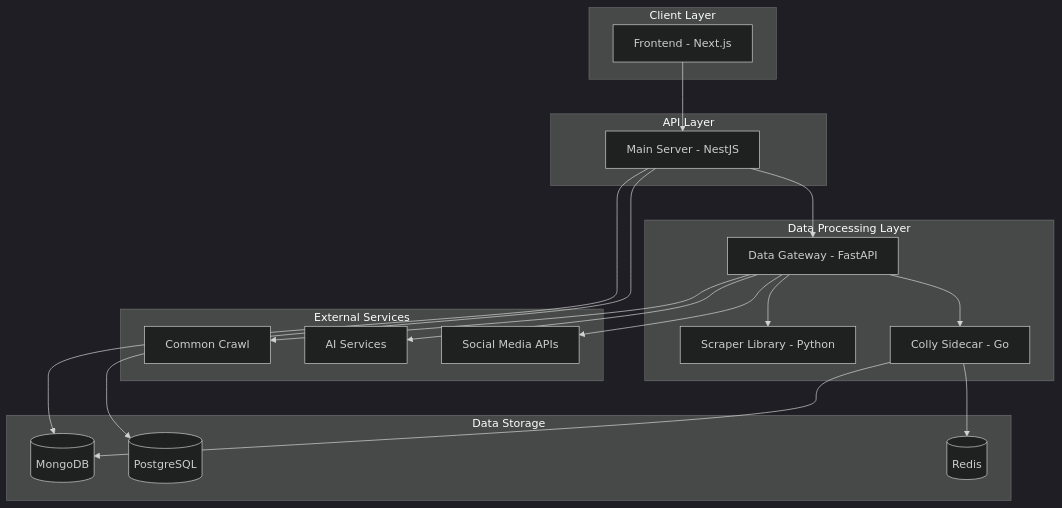
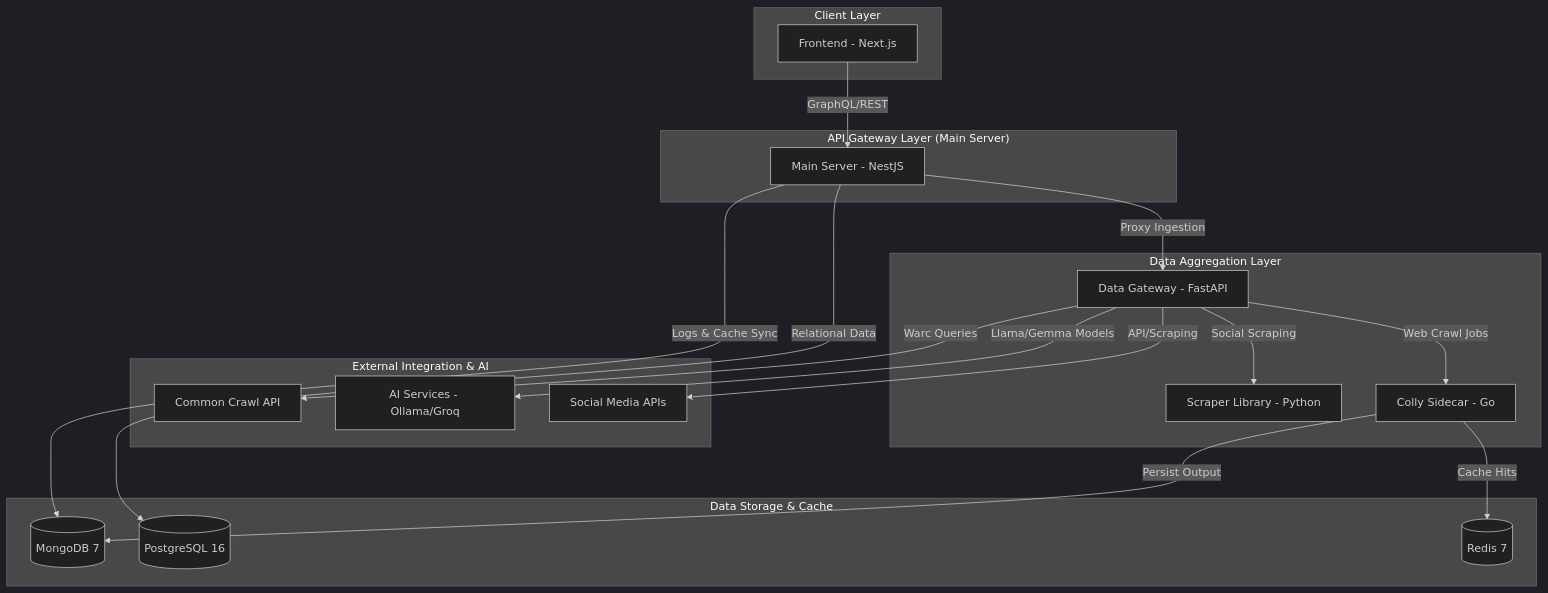
Before and after one commit to MRGLOBIN/FYP-Paksentiment: the diagram in Readme.md, drawn with Mermaid (dark theme). The commit also changed other lines of this file and 57 other files, not shown here.

````diff
--- a/Readme.md
+++ b/Readme.md
@@ -85,40 +70,40 @@
 ```mermaid
 graph TB
     subgraph "Client Layer"
         A[Frontend - Next.js]
     end
     
-    subgraph "API Layer"
+    subgraph "API Gateway Layer (Main Server)"
         B[Main Server - NestJS]
     end
     
-    subgraph "Data Processing Layer"
+    subgraph "Data Aggregation Layer"
         C[Data Gateway - FastAPI]
         D[Colly Sidecar - Go]
         E[Scraper Library - Python]
     end
     
-    subgraph "Data Storage"
-        F[(PostgreSQL)]
-        G[(MongoDB)]
-        H[(Redis)]
+    subgraph "Data Storage & Cache"
+        F[(PostgreSQL 16)]
+        G[(MongoDB 7)]
+        H[(Redis 7)]
     end
     
-    subgraph "External Services"
+    subgraph "External Integration & AI"
         I[Social Media APIs]
-        J[AI Services]
-        K[Common Crawl]
+        J[AI Services - Ollama/Groq]
+        K[Common Crawl API]
     end
     
-    A --> B
-    B --> C
-    B --> F
-    B --> G
-    C --> D
-    C --> E
-    C --> I
-    C --> J
-    C --> K
-    D --> H
-    D --> G
+    A -->|GraphQL/REST| B
+    B -->|Proxy Ingestion| C
+    B -->|Relational Data| F
+    B -->|Logs & Cache Sync| G
+    C -->|Web Crawl Jobs| D
+    C -->|Social Scraping| E
+    C -->|API/Scraping| I
+    C -->|Llama/Gemma Models| J
+    C -->|Warc Queries| K
+    D -->|Cache Hits| H
+    D -->|Persist Output| G
 ```
````
